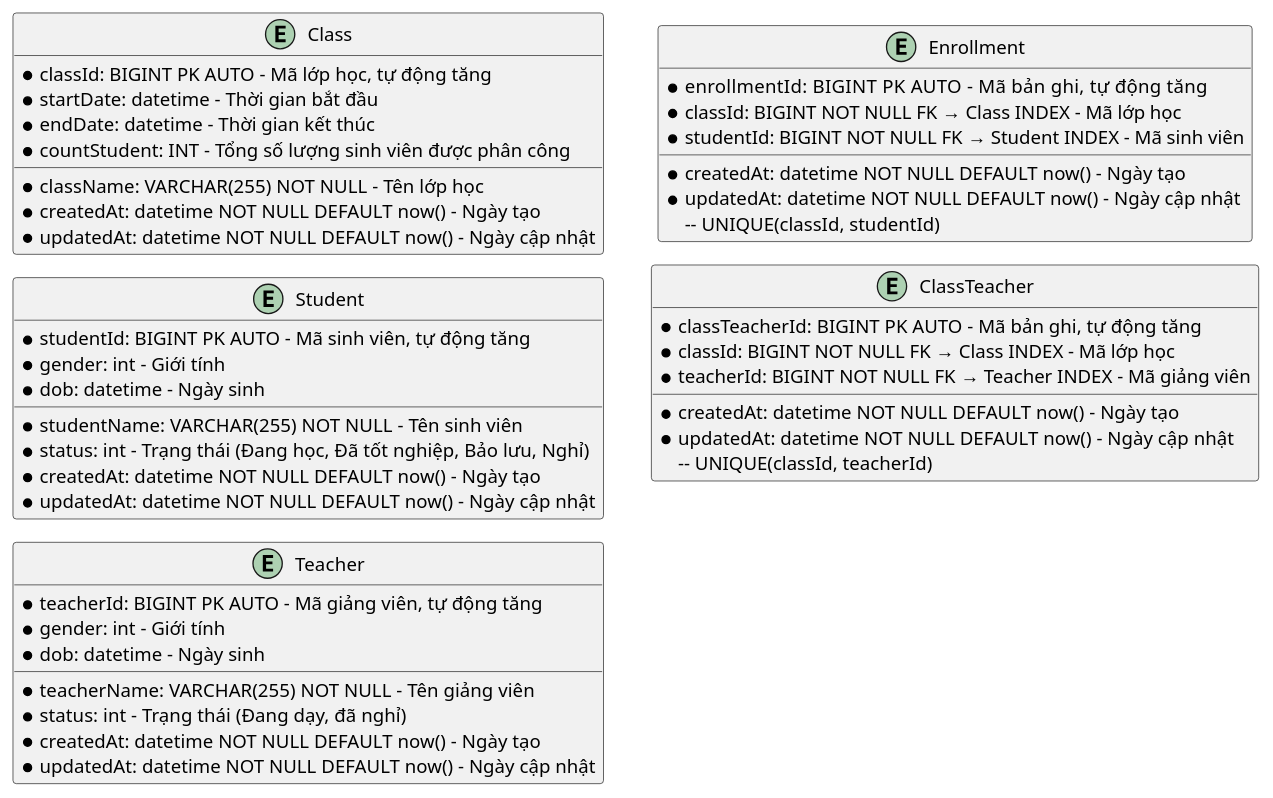
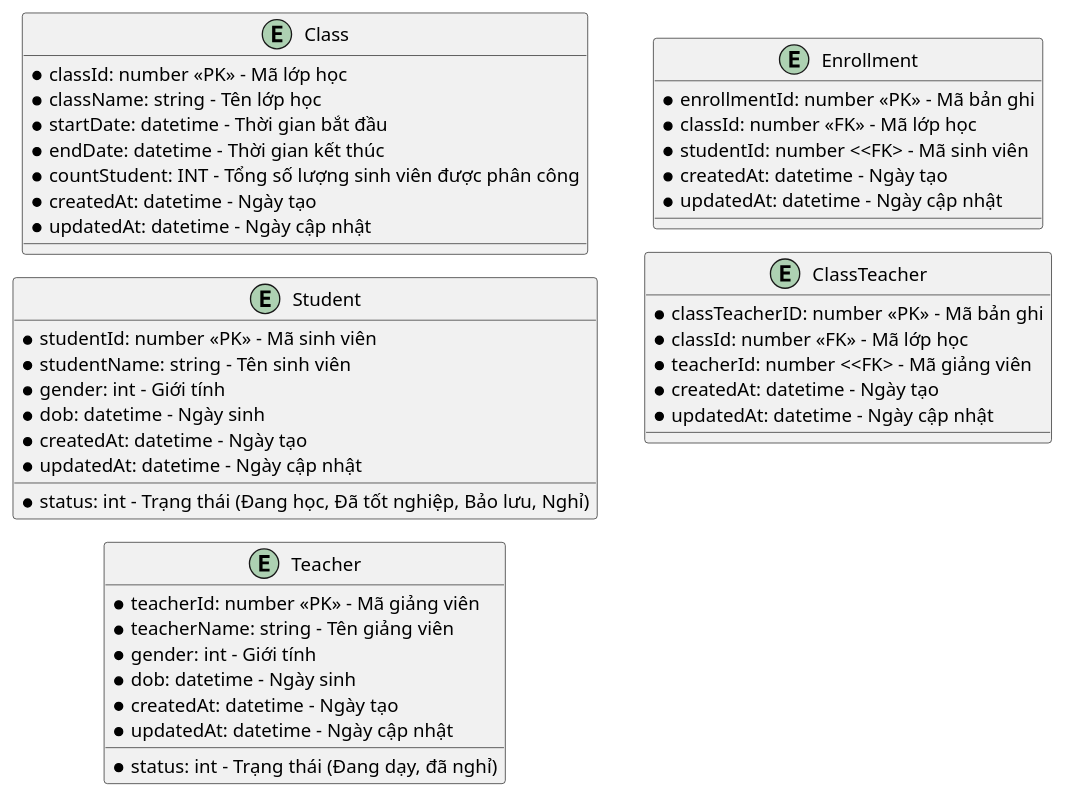
The diagram in 3.ldm.puml (alvinnguyen9820-prog/TestPUML), drawn with PlantUML before and after one commit. The commit also changed 38 other files, not shown here.

```diff
--- a/3.ldm.puml
+++ b/3.ldm.puml
@@ -1,54 +1,52 @@
 @startuml ldm
 !pragma layout smetana
 left to right direction
 entity Class
 entity Student
 entity Teacher
 entity Enrollment
 entity ClassTeacher
 entity Class {
-  * classId: BIGINT PK AUTO - Mã lớp học, tự động tăng
-  * className: VARCHAR(255) NOT NULL - Tên lớp học
+  * classId: number <<PK>> - Mã lớp học
+  * className: string - Tên lớp học
   * startDate: datetime - Thời gian bắt đầu
   * endDate: datetime - Thời gian kết thúc
   * countStudent: INT - Tổng số lượng sinh viên được phân công
-  * createdAt: datetime NOT NULL DEFAULT now() - Ngày tạo
-  * updatedAt: datetime NOT NULL DEFAULT now() - Ngày cập nhật
+  * createdAt: datetime - Ngày tạo
+  * updatedAt: datetime - Ngày cập nhật
 
 }
 entity Student {
-  * studentId: BIGINT PK AUTO - Mã sinh viên, tự động tăng
-  * studentName: VARCHAR(255) NOT NULL - Tên sinh viên
+  * studentId: number <<PK>> - Mã sinh viên
+  * studentName: string - Tên sinh viên
   * gender: int - Giới tính
   * dob: datetime - Ngày sinh
   * status: int - Trạng thái (Đang học, Đã tốt nghiệp, Bảo lưu, Nghỉ)
-  * createdAt: datetime NOT NULL DEFAULT now() - Ngày tạo
-  * updatedAt: datetime NOT NULL DEFAULT now() - Ngày cập nhật
+  * createdAt: datetime - Ngày tạo
+  * updatedAt: datetime - Ngày cập nhật
 }
 entity Teacher {
-  * teacherId: BIGINT PK AUTO - Mã giảng viên, tự động tăng
-  * teacherName: VARCHAR(255) NOT NULL - Tên giảng viên
+  * teacherId: number <<PK>> - Mã giảng viên
+  * teacherName: string - Tên giảng viên
   * gender: int - Giới tính
   * dob: datetime - Ngày sinh
   * status: int - Trạng thái (Đang dạy, đã nghỉ)
-  * createdAt: datetime NOT NULL DEFAULT now() - Ngày tạo
-  * updatedAt: datetime NOT NULL DEFAULT now() - Ngày cập nhật
+  * createdAt: datetime - Ngày tạo
+  * updatedAt: datetime - Ngày cập nhật
 }
 entity Enrollment {
-  * enrollmentId: BIGINT PK AUTO    - Mã bản ghi, tự động tăng
-  * classId: BIGINT NOT NULL FK → Class INDEX - Mã lớp học
-  * studentId: BIGINT NOT NULL FK → Student INDEX - Mã sinh viên
-  * createdAt: datetime NOT NULL DEFAULT now() - Ngày tạo
-  * updatedAt: datetime NOT NULL DEFAULT now() - Ngày cập nhật
-  -- UNIQUE(classId, studentId)
+  * enrollmentId: number <<PK>> - Mã bản ghi
+  * classId: number <<FK>> - Mã lớp học
+  * studentId: number <<FK> - Mã sinh viên
+  * createdAt: datetime - Ngày tạo
+  * updatedAt: datetime - Ngày cập nhật
 }
 entity ClassTeacher {
-  * classTeacherId: BIGINT PK AUTO - Mã bản ghi, tự động tăng
-  * classId: BIGINT NOT NULL FK → Class INDEX - Mã lớp học
-  * teacherId: BIGINT NOT NULL FK → Teacher INDEX - Mã giảng viên
-  * createdAt: datetime NOT NULL DEFAULT now() - Ngày tạo
-  * updatedAt: datetime NOT NULL DEFAULT now() - Ngày cập nhật
-  -- UNIQUE(classId, teacherId)
+  * classTeacherID: number <<PK>> - Mã bản ghi
+  * classId: number <<FK>> - Mã lớp học
+  * teacherId: number <<FK> - Mã giảng viên
+  * createdAt: datetime - Ngày tạo
+  * updatedAt: datetime - Ngày cập nhật
 }
 
 @enduml
```
